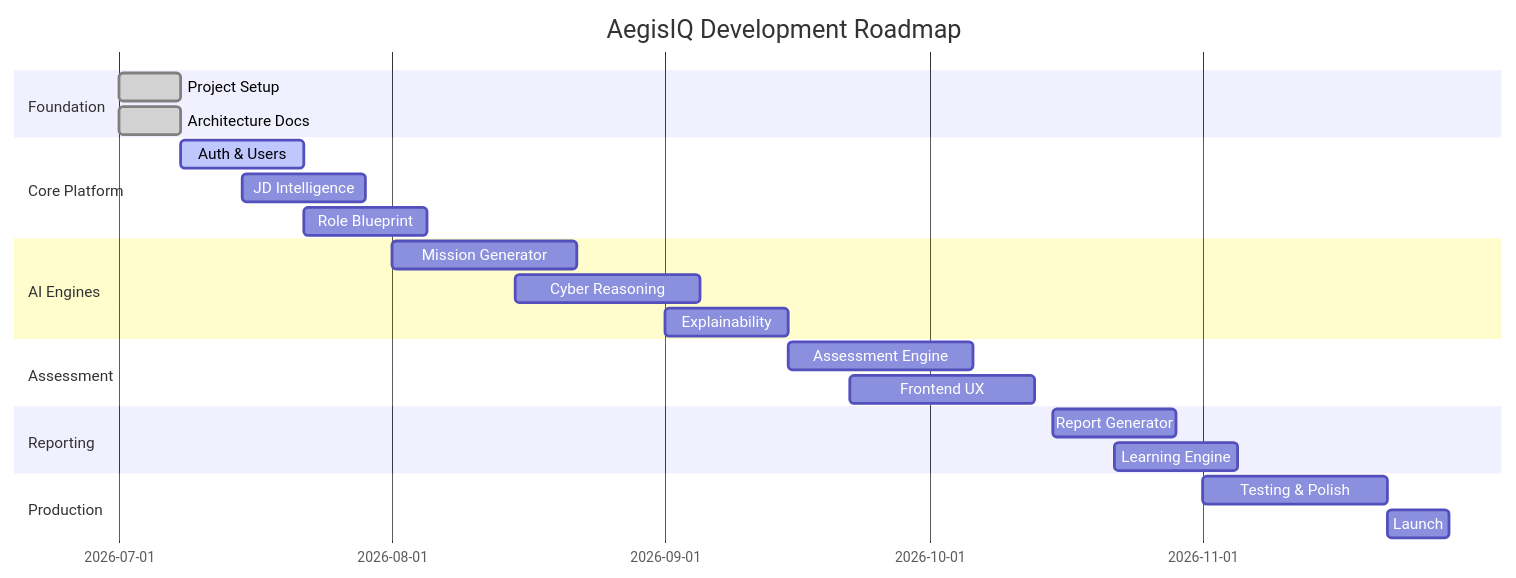
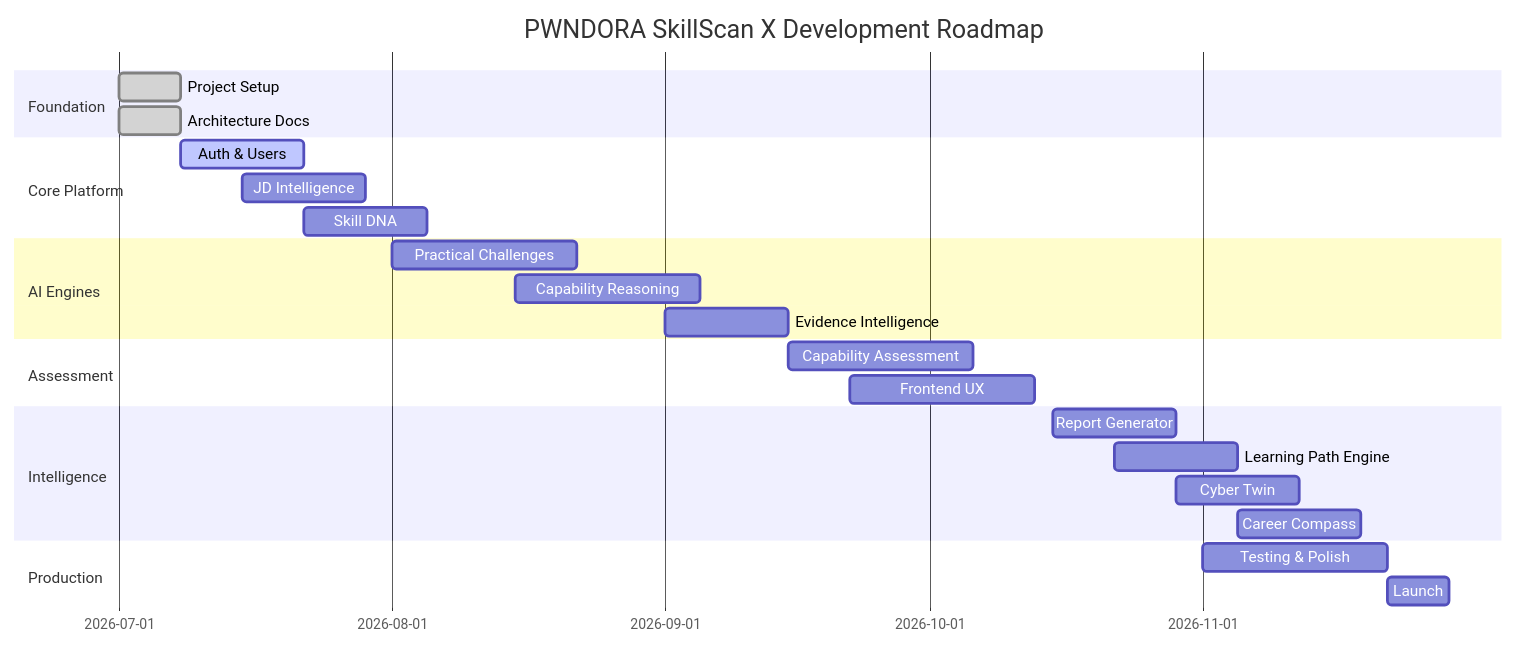
Before and after one commit to BL4CK-0PS/AegisIQ: diagram 13 of 13 in README.md, drawn with Mermaid. The commit also changed other lines of this file and 88 other files, not shown here.

First line of the commit message:
docs: enhance all 40 docs with Mermaid diagrams and Related Documents

````diff
--- a/README.md
+++ b/README.md
@@ -1012,25 +1094,27 @@
 ```mermaid
 gantt
-    title AegisIQ Development Roadmap
+    title PWNDORA SkillScan X Development Roadmap
     dateFormat  YYYY-MM-DD
     section Foundation
     Project Setup        :done, 2026-07-01, 7d
     Architecture Docs    :done, 2026-07-01, 7d
     section Core Platform
     Auth & Users         :active, 2026-07-08, 14d
     JD Intelligence      :2026-07-15, 14d
-    Role Blueprint       :2026-07-22, 14d
+    Skill DNA            :2026-07-22, 14d
     section AI Engines
-    Mission Generator    :2026-08-01, 21d
-    Cyber Reasoning      :2026-08-15, 21d
-    Explainability       :2026-09-01, 14d
+    Practical Challenges   :2026-08-01, 21d
+    Capability Reasoning   :2026-08-15, 21d
+    Evidence Intelligence  :2026-09-01, 14d
     section Assessment
-    Assessment Engine    :2026-09-15, 21d
-    Frontend UX          :2026-09-22, 21d
-    section Reporting
+    Capability Assessment  :2026-09-15, 21d
+    Frontend UX            :2026-09-22, 21d
+    section Intelligence
     Report Generator     :2026-10-15, 14d
-    Learning Engine      :2026-10-22, 14d
+    Learning Path Engine :2026-10-22, 14d
+    Cyber Twin           :2026-10-29, 14d
+    Career Compass       :2026-11-05, 14d
     section Production
     Testing & Polish     :2026-11-01, 21d
     Launch               :2026-11-22, 7d
 ```
````
